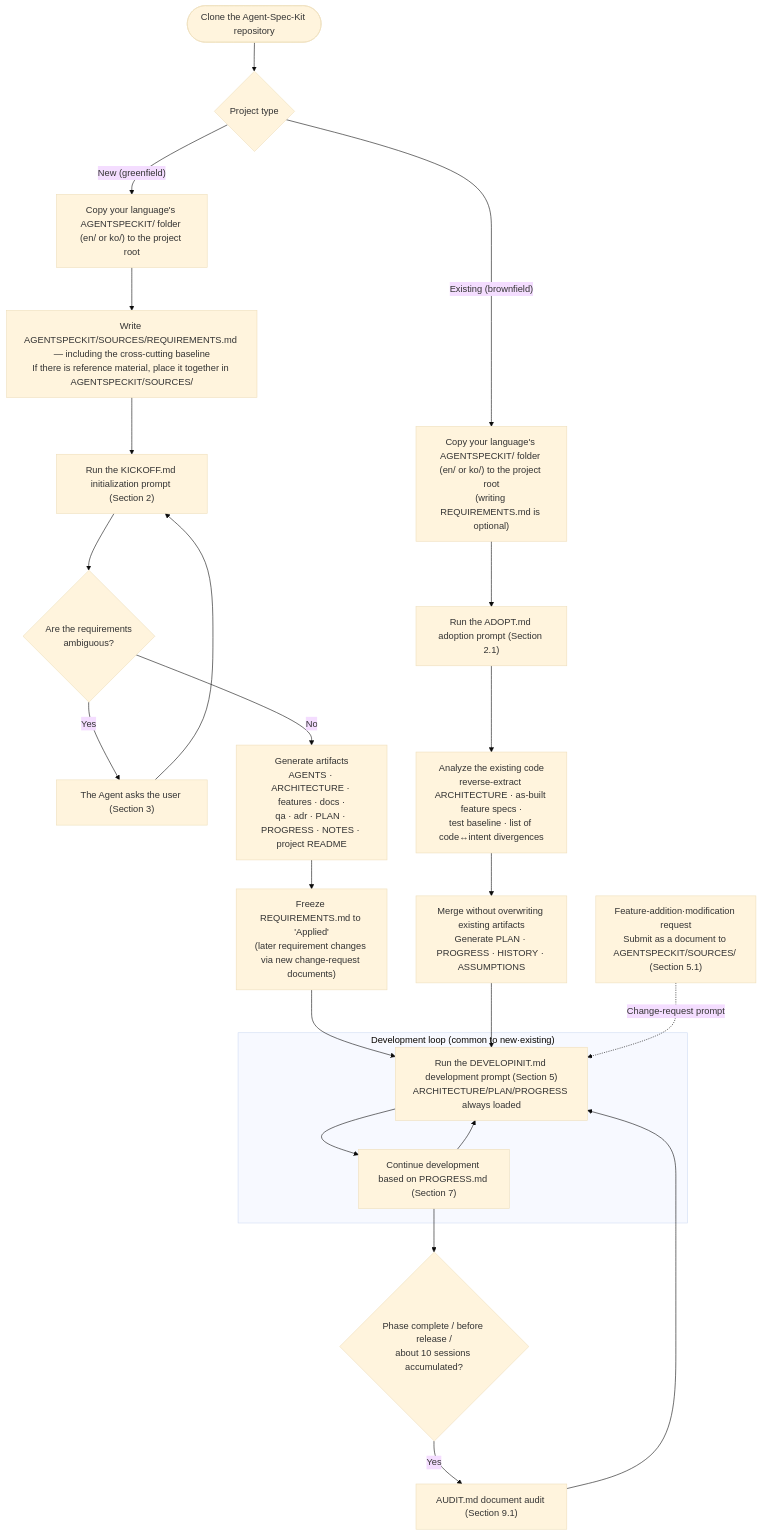
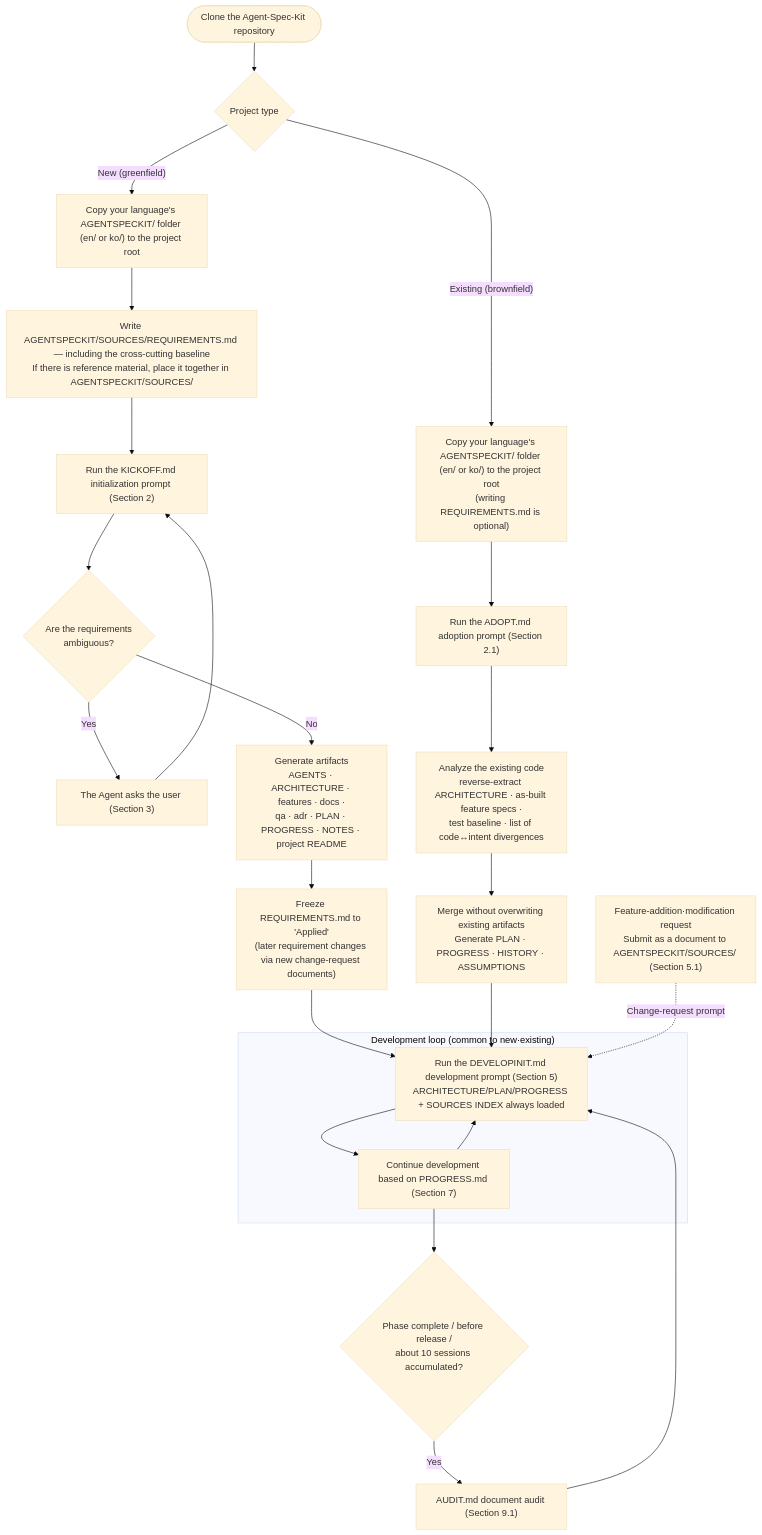
Before and after one commit to hellomyoh/Agent-Spec-Kit: the diagram in README.md, drawn with Mermaid (base theme). The commit also changed other lines of this file and 3 other files, not shown here.

````diff
--- a/README.md
+++ b/README.md
@@ -707,34 +713,34 @@
 ```mermaid
 flowchart TD
     Start(["Clone the Agent-Spec-Kit repository"]) --> Type{"Project type"}
 
     %% ── New project path ──
     Type -->|"New (greenfield)"| G1["Copy your language's AGENTSPECKIT/ folder (en/ or ko/) to the project root"]
     G1 --> G2["Write AGENTSPECKIT/SOURCES/REQUIREMENTS.md — including the cross-cutting baseline<br/>If there is reference material, place it together in AGENTSPECKIT/SOURCES/"]
     G2 --> G3["Run the KICKOFF.md initialization prompt (Section 2)"]
     G3 --> G4{"Are the requirements<br/>ambiguous?"}
     G4 -->|"Yes"| G5["The Agent asks the user (Section 3)"]
     G5 --> G3
     G4 -->|"No"| G6["Generate artifacts<br/>AGENTS · ARCHITECTURE · features · docs ·<br/>qa · adr · PLAN · PROGRESS · NOTES · project README"]
     G6 --> G7["Freeze REQUIREMENTS.md to 'Applied'<br/>(later requirement changes via new change-request documents)"]
 
     %% ── Existing project path ──
     Type -->|"Existing (brownfield)"| B1["Copy your language's AGENTSPECKIT/ folder (en/ or ko/) to the project root<br/>(writing REQUIREMENTS.md is optional)"]
     B1 --> B2["Run the ADOPT.md adoption prompt (Section 2.1)"]
     B2 --> B3["Analyze the existing code<br/>reverse-extract ARCHITECTURE · as-built feature specs ·<br/>test baseline · list of code↔intent divergences"]
     B3 --> B4["Merge without overwriting existing artifacts<br/>Generate PLAN · PROGRESS · HISTORY · ASSUMPTIONS"]
 
     %% ── Common development loop ──
     subgraph DEV["Development loop (common to new·existing)"]
-        D1["Run the DEVELOPINIT.md development prompt (Section 5)<br/>ARCHITECTURE/PLAN/PROGRESS always loaded"]
+        D1["Run the DEVELOPINIT.md development prompt (Section 5)<br/>ARCHITECTURE/PLAN/PROGRESS + SOURCES INDEX always loaded"]
         D1 --> D2["Continue development based on PROGRESS.md (Section 7)"]
         D2 --> D1
     end
 
     G7 --> D1
     B4 --> D1
     CR["Feature-addition·modification request<br/>Submit as a document to AGENTSPECKIT/SOURCES/ (Section 5.1)"] -.->|"Change-request prompt"| D1
     D2 --> AQ{"Phase complete / before release /<br/>about 10 sessions accumulated?"}
     AQ -->|"Yes"| AU["AUDIT.md document audit (Section 9.1)"]
     AU --> D1
 ```
````
